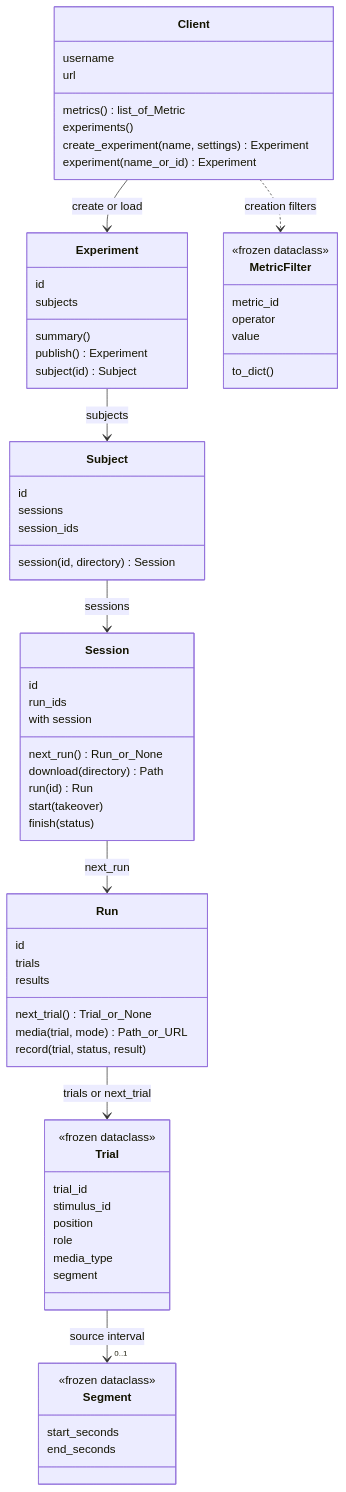
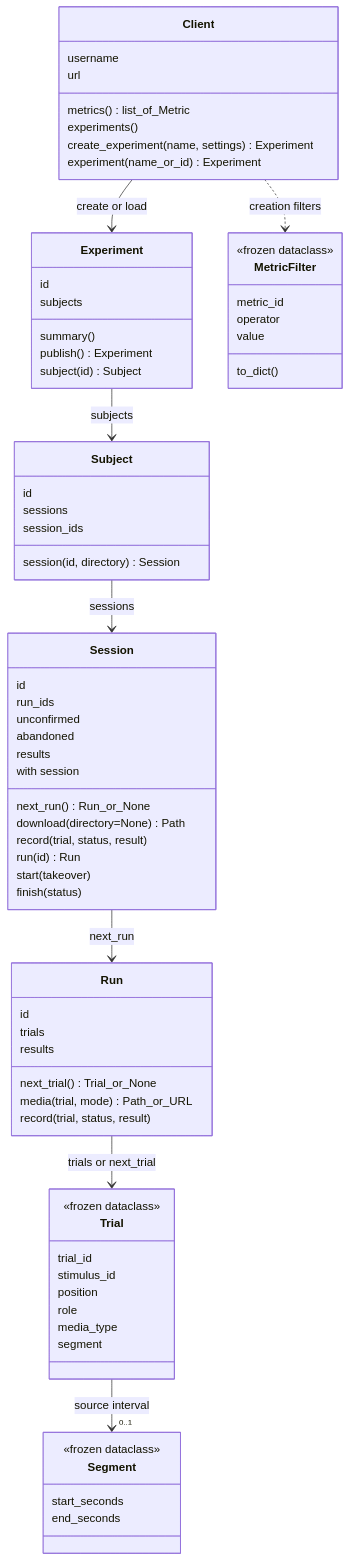
Before and after one commit to StanfordDigitalBrainProject/dbstim: the diagram in docs/api-classes.md, drawn with Mermaid. The commit also changed other lines of this file and 19 other files, not shown here.

First line of the commit message:
feat(dbstim): add abandoned-trial recovery, bounded command retries and a shared media cache (#4)

````diff
--- a/docs/api-classes.md
+++ b/docs/api-classes.md
@@ -6,71 +6,75 @@
 ```mermaid
 classDiagram
     direction TB
     class Client {
         username
         url
         metrics() list_of_Metric
         experiments()
         create_experiment(name, settings) Experiment
         experiment(name_or_id) Experiment
     }
     class Experiment {
         id
         summary()
         subjects
         publish() Experiment
         subject(id) Subject
     }
     class Subject {
         id
         sessions
         session_ids
         session(id, directory) Session
     }
     class Session {
         id
         run_ids
+        unconfirmed
+        abandoned
+        results
         with session
         next_run() Run_or_None
-        download(directory) Path
+        download(directory=None) Path
+        record(trial, status, result)
         run(id) Run
         start(takeover)
         finish(status)
     }
     class Run {
         id
         trials
         results
         next_trial() Trial_or_None
         media(trial, mode) Path_or_URL
         record(trial, status, result)
     }
     class Trial {
         <<frozen dataclass>>
         trial_id
         stimulus_id
         position
         role
         media_type
         segment
     }
     class Segment {
         <<frozen dataclass>>
         start_seconds
         end_seconds
     }
     class MetricFilter {
         <<frozen dataclass>>
         metric_id
         operator
         value
         to_dict()
     }
     Client --> Experiment : create or load
     Experiment --> Subject : subjects
     Subject --> Session : sessions
     Session --> Run : next_run
     Run --> Trial : trials or next_trial
     Trial --> "0..1" Segment : source interval
     Client ..> MetricFilter : creation filters
 ```
````
